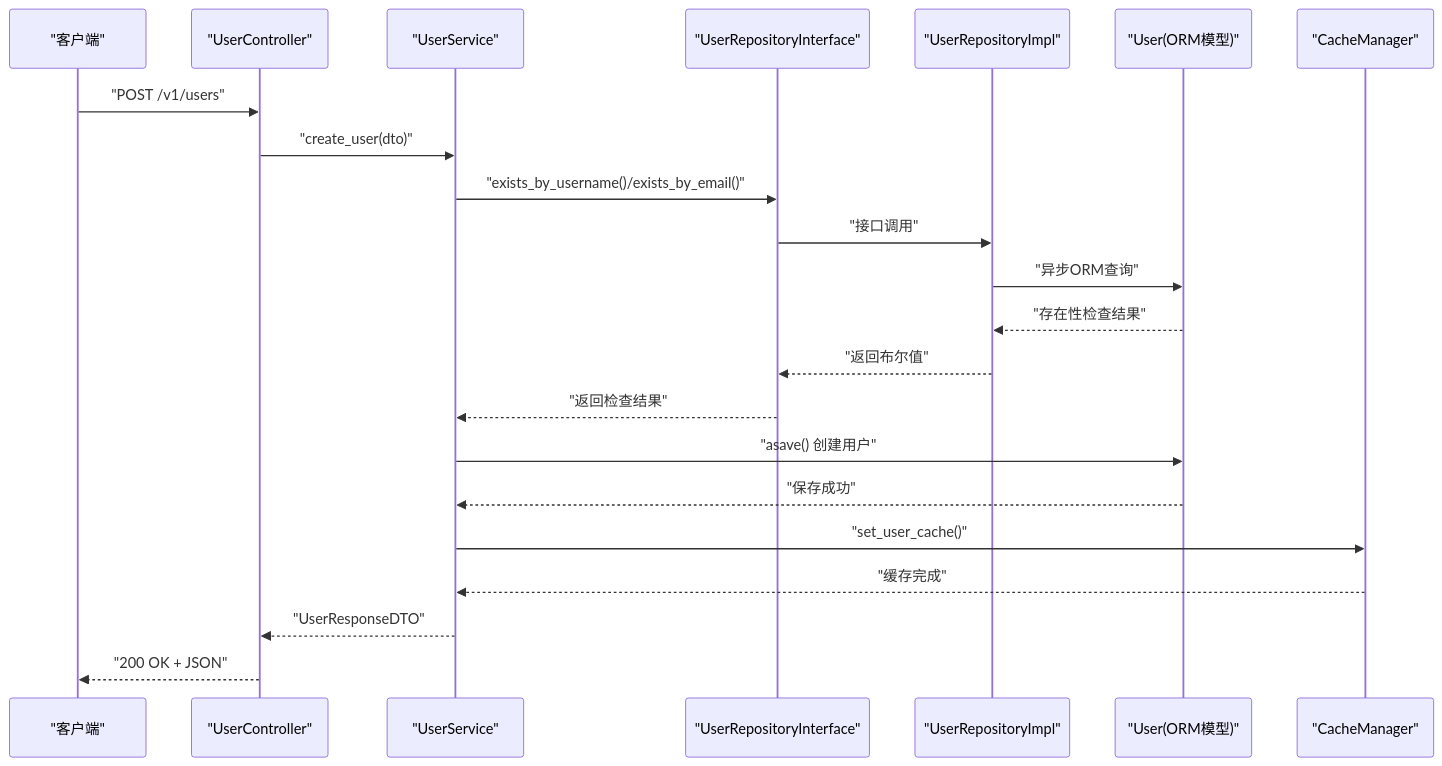
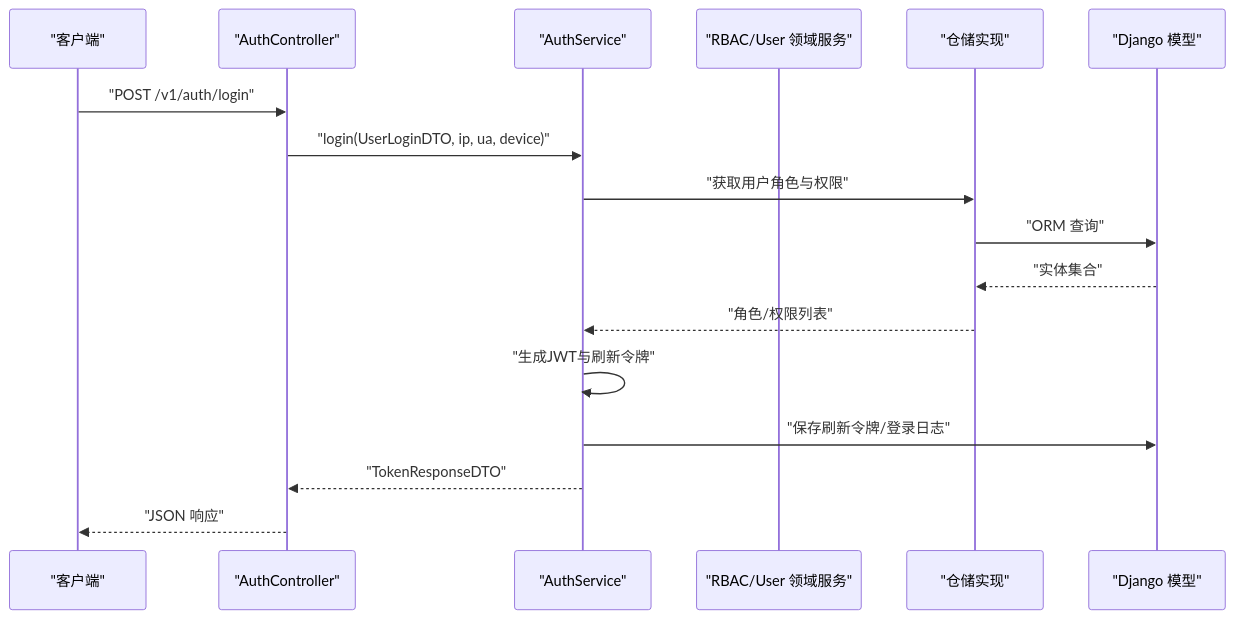
One commit to taoweidong/Hello-Django-Ninja-Api changed the second of 7 diagrams in .qoder/repowiki/zh/content/架构设计/DDD 分层架构.md. Above: the diagram before and after it, drawn with Mermaid. The commit also changed other lines of this file and 106 other files, not shown here.

````diff
--- a/.qoder/repowiki/zh/content/架构设计/DDD 分层架构.md
+++ b/.qoder/repowiki/zh/content/架构设计/DDD 分层架构.md
@@ -112,24 +115,19 @@
 ```mermaid
 sequenceDiagram
 participant Client as "客户端"
-participant Ctrl as "UserController"
-participant Svc as "UserService"
-participant RepoI as "UserRepositoryInterface"
-participant Repo as "UserRepositoryImpl"
-participant Model as "User(ORM模型)"
-participant Cache as "CacheManager"
-Client->>Ctrl : "POST /v1/users"
-Ctrl->>Svc : "create_user(dto)"
-Svc->>RepoI : "exists_by_username()/exists_by_email()"
-RepoI->>Repo : "接口调用"
-Repo->>Model : "异步ORM查询"
-Model-->>Repo : "存在性检查结果"
-Repo-->>RepoI : "返回布尔值"
-RepoI-->>Svc : "返回检查结果"
-Svc->>Model : "asave() 创建用户"
-Model-->>Svc : "保存成功"
-Svc->>Cache : "set_user_cache()"
-Cache-->>Svc : "缓存完成"
-Svc-->>Ctrl : "UserResponseDTO"
-Ctrl-->>Client : "200 OK + JSON"
+participant API as "AuthController"
+participant App as "AuthService"
+participant Domain as "RBAC/User 领域服务"
+participant Repo as "仓储实现"
+participant Model as "Django 模型"
+Client->>API : "POST /v1/auth/login"
+API->>App : "login(UserLoginDTO, ip, ua, device)"
+App->>Repo : "获取用户角色与权限"
+Repo->>Model : "ORM 查询"
+Model-->>Repo : "实体集合"
+Repo-->>App : "角色/权限列表"
+App->>App : "生成JWT与刷新令牌"
+App->>Model : "保存刷新令牌/登录日志"
+App-->>API : "TokenResponseDTO"
+API-->>Client : "JSON 响应"
 ```
````
